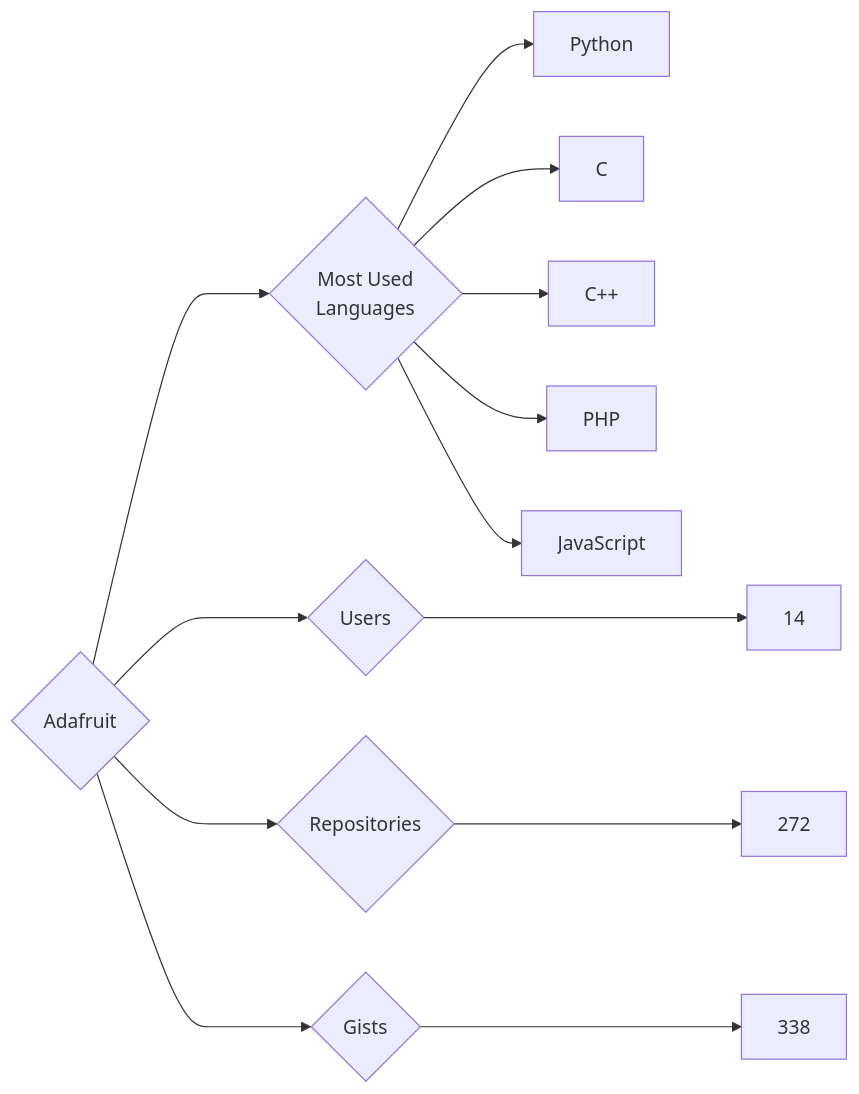
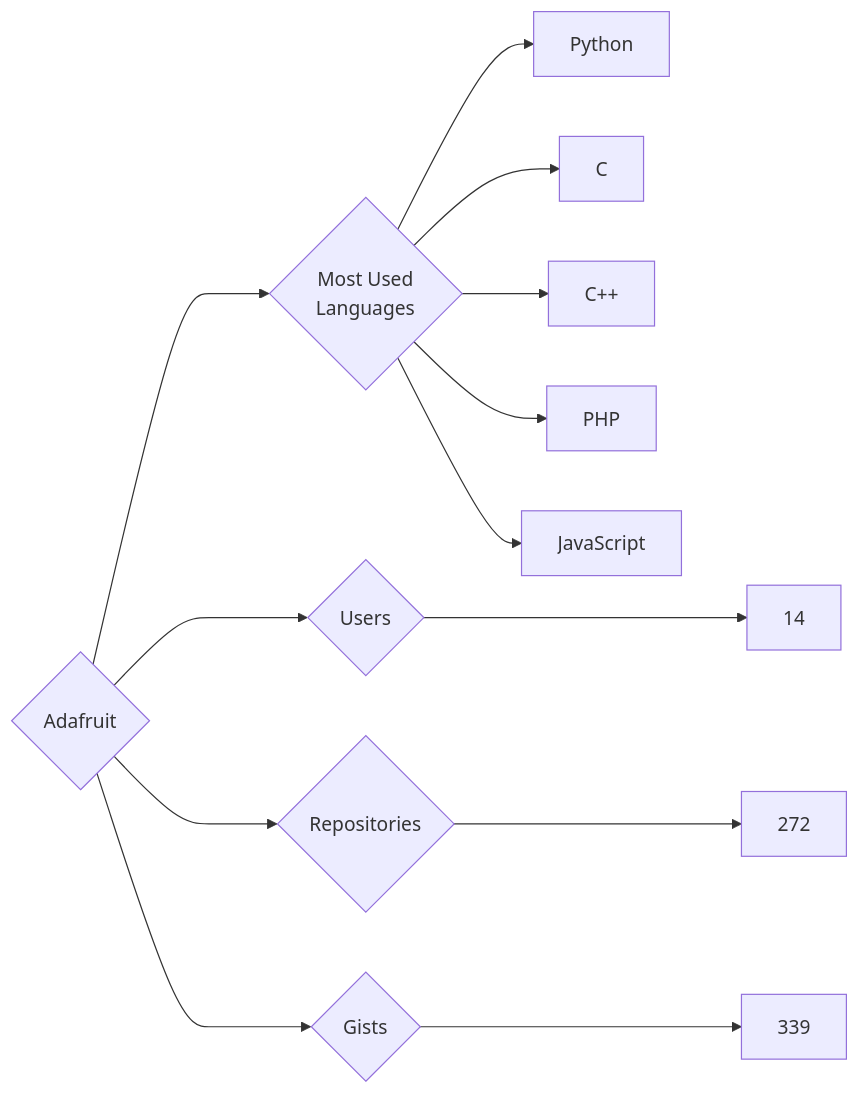
The diagram in targets/Adafruit/README.md (trickest/insiders), drawn with Mermaid before and after one commit. The commit also changed 932 other files, not shown here.

````diff
--- a/targets/Adafruit/README.md
+++ b/targets/Adafruit/README.md
@@ -3,13 +3,13 @@
 ```mermaid
 graph LR
 COMPANY_NAME{Adafruit}
 COMPANY_NAME ---> U{Users} ---> UN[14]
 COMPANY_NAME ---> R{Repositories} ---> RN[272]
-COMPANY_NAME ---> G{Gists} ---> GN[338]
+COMPANY_NAME ---> G{Gists} ---> GN[339]
 COMPANY_NAME ---> ML{Most Used<br>Languages}
 ML --> Python[Python]
 ML --> C[C]
 ML --> C++[C++]
 ML --> PHP[PHP]
 ML --> JavaScript[JavaScript]
 ```
````
